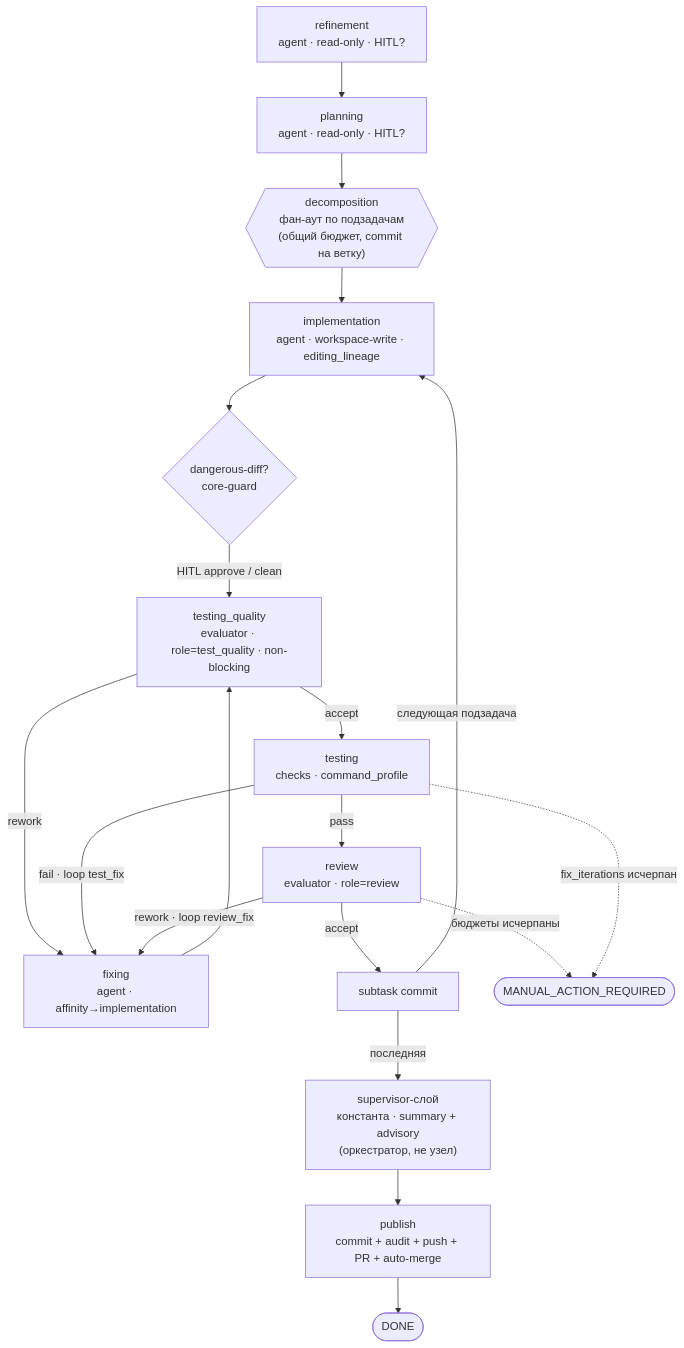
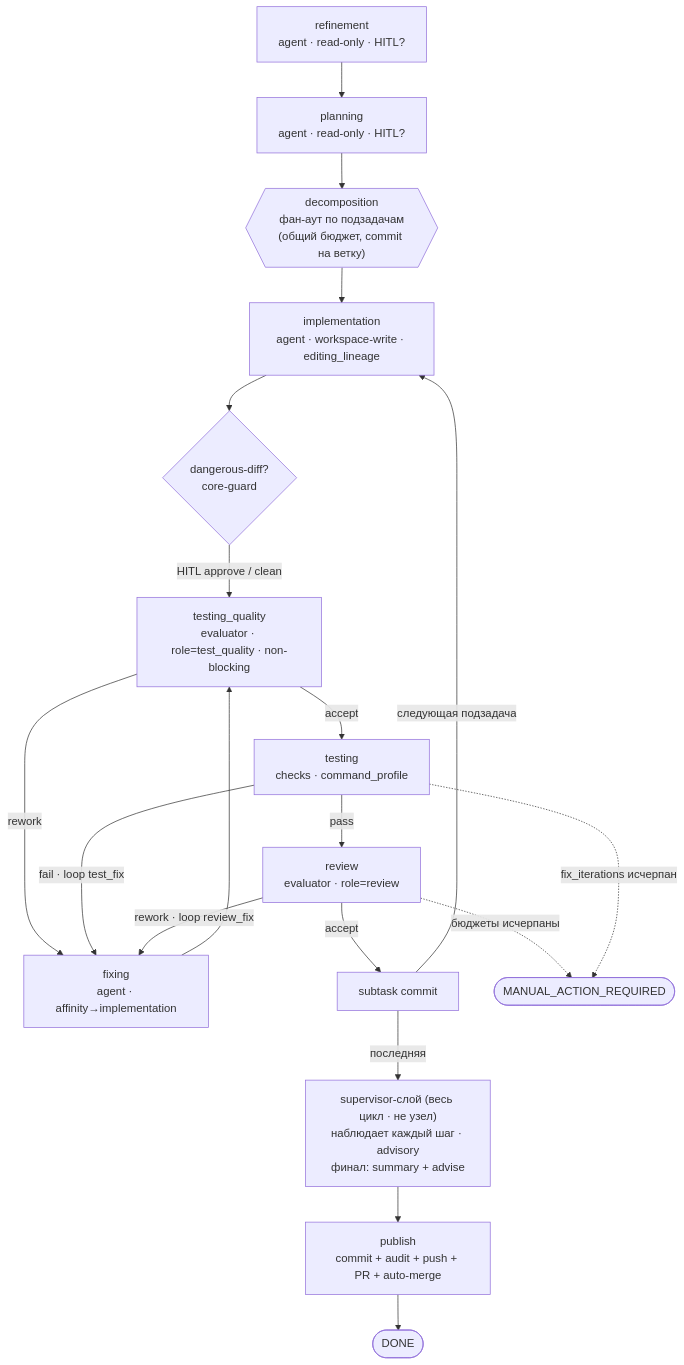
The second of 2 diagrams in docs/backlog/flows/happy-path.md (VladimirMakarevich/wastech-orchestrator), drawn with Mermaid before and after one commit. The commit also changed other lines of this file and 7 other files, not shown here.

First line of the commit message:
refactor: supervisor architecture and related documentation

````diff
--- a/docs/backlog/flows/happy-path.md
+++ b/docs/backlog/flows/happy-path.md
@@ -27,21 +27,21 @@
 ```mermaid
 flowchart TD
     refinement["refinement<br/>agent · read-only · HITL?"] --> planning["planning<br/>agent · read-only · HITL?"]
     planning --> dec{{"decomposition<br/>фан-аут по подзадачам<br/>(общий бюджет, commit на ветку)"}}
     dec --> impl["implementation<br/>agent · workspace-write · editing_lineage"]
     impl --> dd{"dangerous-diff?<br/>core-guard"}
     dd -->|HITL approve / clean| tq["testing_quality<br/>evaluator · role=test_quality · non-blocking"]
     tq -->|accept| checks["testing<br/>checks · command_profile"]
     tq -->|rework| fixing["fixing<br/>agent · affinity→implementation"]
     checks -->|pass| review["review<br/>evaluator · role=review"]
     checks -->|fail · loop test_fix| fixing
     review -->|accept| commit["subtask commit"]
     review -->|rework · loop review_fix| fixing
     fixing --> tq
     commit -->|следующая подзадача| impl
-    commit -->|последняя| sup["supervisor-слой<br/>константа · summary + advisory<br/>(оркестратор, не узел)"]
+    commit -->|последняя| sup["supervisor-слой (весь цикл · не узел)<br/>наблюдает каждый шаг · advisory<br/>финал: summary + advise"]
     sup --> publish["publish<br/>commit + audit + push + PR + auto-merge"]
     publish --> done(["DONE"])
     review -.->|бюджеты исчерпаны| manual(["MANUAL_ACTION_REQUIRED"])
     checks -.->|fix_iterations исчерпан| manual
 ```
````
